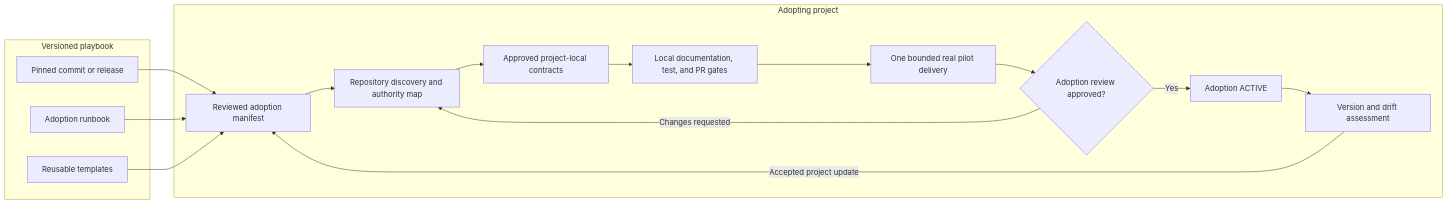
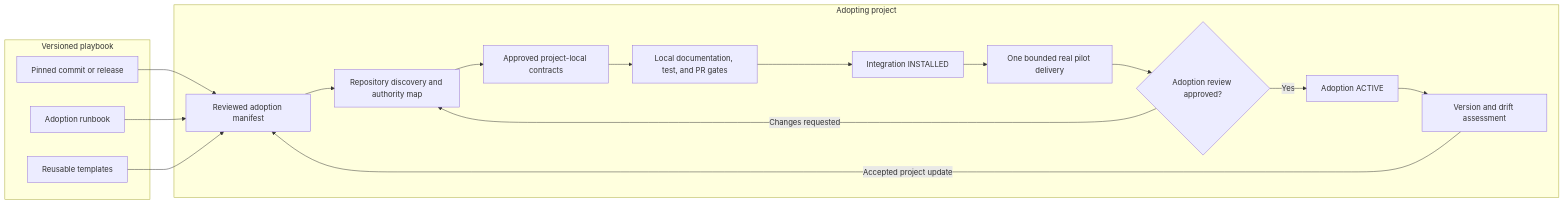
The third of 3 diagrams in README.md (hhhhhusky777/spec-driven-delivery-playbook), drawn with Mermaid before and after one commit. The commit also changed other lines of this file and 14 other files, not shown here.

````diff
--- a/README.md
+++ b/README.md
@@ -196,32 +196,34 @@
 ```mermaid
 flowchart LR
     subgraph PLAYBOOK["Versioned playbook"]
         P["Pinned commit or release"]
         R["Adoption runbook"]
         T["Reusable templates"]
     end
 
     subgraph PROJECT["Adopting project"]
         M["Reviewed adoption manifest"]
         D["Repository discovery and authority map"]
         C["Approved project-local contracts"]
         G["Local documentation, test, and PR gates"]
+        I["Integration INSTALLED"]
         X["One bounded real pilot delivery"]
         A{"Adoption review approved?"}
         V["Adoption ACTIVE"]
         U["Version and drift assessment"]
     end
 
     P --> M
     R --> M
     T --> M
     M --> D
     D --> C
     C --> G
-    G --> X
+    G --> I
+    I --> X
     X --> A
     A -->|"Changes requested"| D
     A -->|"Yes"| V
     V --> U
     U -->|"Accepted project update"| M
 ```
````
